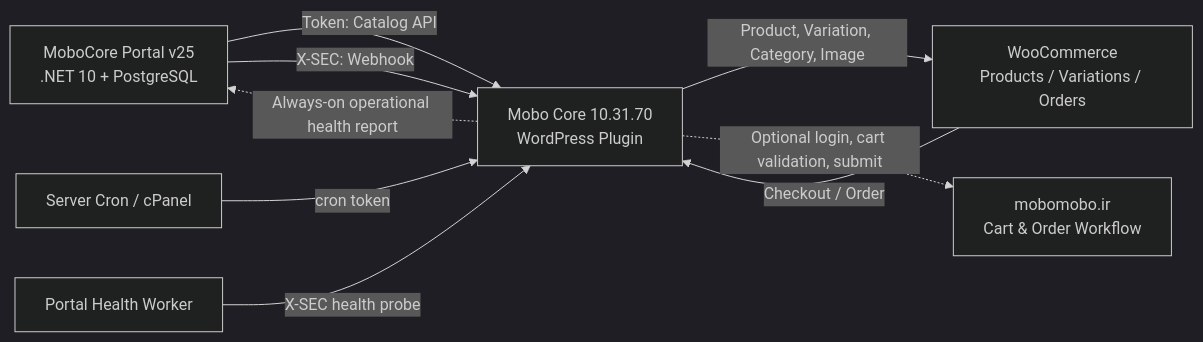
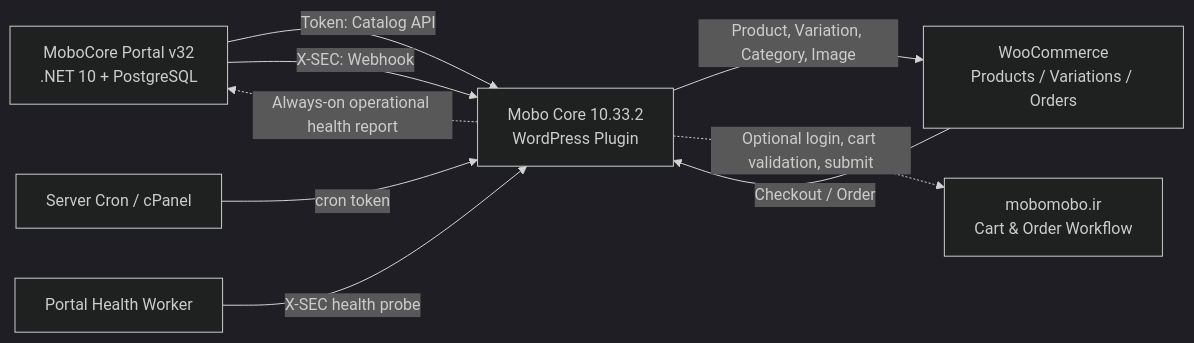
The first of 11 diagrams in wp-content/plugins/mobo-core/DIAGRAMS.MD (PedramDev/mobo-core), drawn with Mermaid (dark theme) before and after one commit. The commit also changed other lines of this file and 35 other files, not shown here.

````diff
--- a/wp-content/plugins/mobo-core/DIAGRAMS.MD
+++ b/wp-content/plugins/mobo-core/DIAGRAMS.MD
@@ -21,18 +21,18 @@
 ```mermaid
 flowchart LR
-    P["MoboCore Portal v25<br/>.NET 10 + PostgreSQL"]
-    W["Mobo Core 10.31.70<br/>WordPress Plugin"]
+    P["MoboCore Portal v32<br/>.NET 10 + PostgreSQL"]
+    W["Mobo Core 10.33.2<br/>WordPress Plugin"]
     WC["WooCommerce<br/>Products / Variations / Orders"]
     M["mobomobo.ir<br/>Cart & Order Workflow"]
     C["Server Cron / cPanel"]
     H["Portal Health Worker"]
 
     P -- "Token: Catalog API" --> W
     P -- "X-SEC: Webhook" --> W
     W -- "Product, Variation, Category, Image" --> WC
     WC -- "Checkout / Order" --> W
     W -. "Optional login, cart validation, submit" .-> M
     C -- "cron token" --> W
     H -- "X-SEC health probe" --> W
     W -. "Always-on operational health report" .-> P
 ```
````
